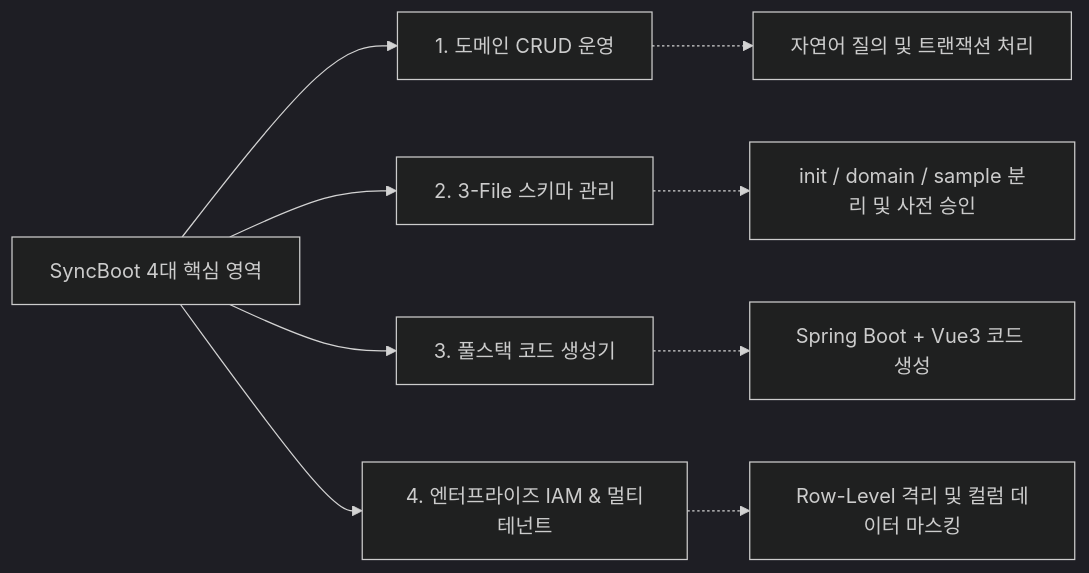
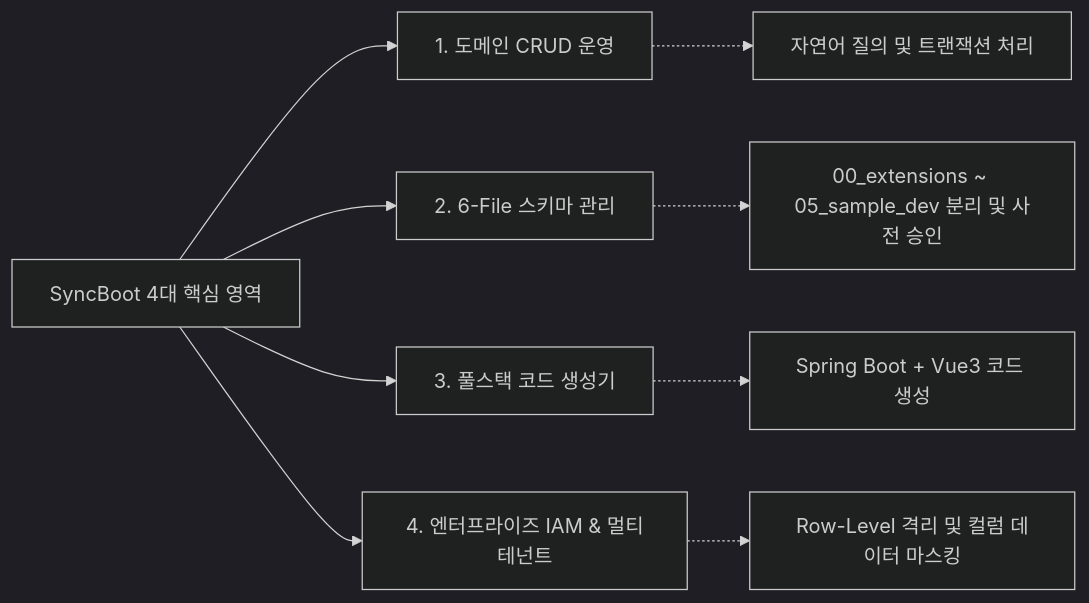
One commit to DramaticCollaboration/doc.github.io changed the diagram in ko/syncboot/index.md. Above: the diagram before and after it, drawn with Mermaid (dark theme). The commit also changed other lines of this file and 21 other files, not shown here.

````diff
--- a/ko/syncboot/index.md
+++ b/ko/syncboot/index.md
@@ -32,12 +32,12 @@
 ```mermaid
 graph LR
     A[SyncBoot 4대 핵심 영역] --> B[1. 도메인 CRUD 운영]
-    A --> C[2. 3-File 스키마 관리]
+    A --> C[2. 6-File 스키마 관리]
     A --> D[3. 풀스택 코드 생성기]
     A --> E[4. 엔터프라이즈 IAM & 멀티테넌트]
 
     B -.-> B1[자연어 질의 및 트랜잭션 처리]
-    C -.-> C1[init / domain / sample 분리 및 사전 승인]
+    C -.-> C1[00_extensions ~ 05_sample_dev 분리 및 사전 승인]
     D -.-> D1[Spring Boot + Vue3 코드 생성]
     E -.-> E1[Row-Level 격리 및 컬럼 데이터 마스킹]
 ```
````
